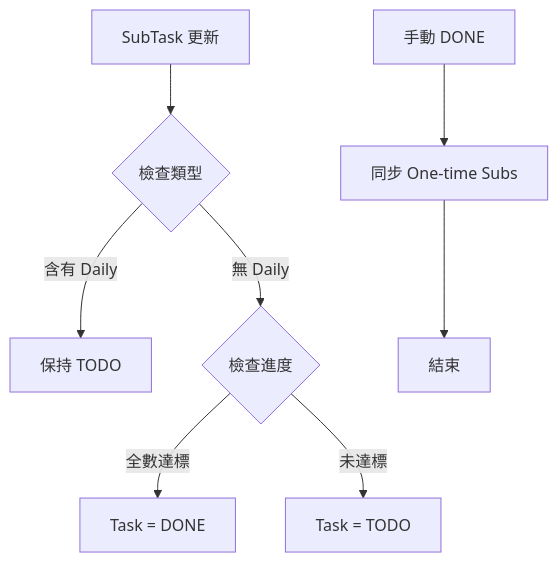
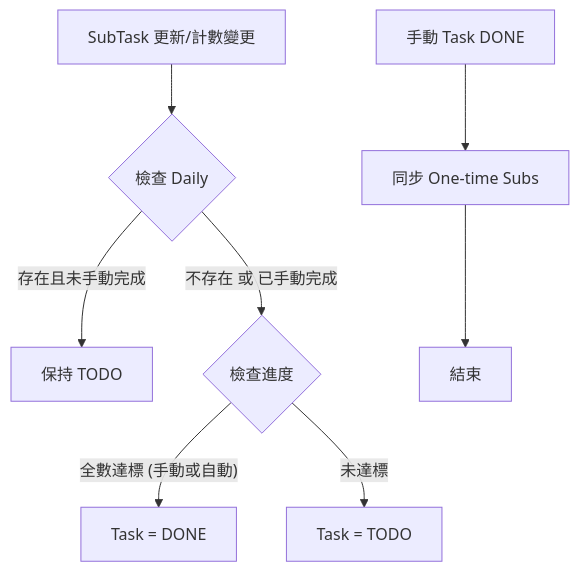
Before and after one commit to rhanlin/daily-grain: the diagram in specs/024-redefine-task-completion/research.md, drawn with Mermaid. The commit also changed other lines of this file and 9 other files, not shown here.

````diff
--- a/specs/024-redefine-task-completion/research.md
+++ b/specs/024-redefine-task-completion/research.md
@@ -35,10 +37,10 @@
 ```mermaid
 graph TD
-    A[SubTask 更新] --> B{檢查類型}
-    B -- 含有 Daily --> C[保持 TODO]
-    B -- 無 Daily --> D{檢查進度}
-    D -- 全數達標 --> E[Task = DONE]
-    D -- 未達標 --> F[Task = TODO]
-    G[手動 DONE] --> H[同步 One-time Subs]
+    A[SubTask 更新/計數變更] --> B{檢查 Daily}
+    B -- "存在且未手動完成" --> C[保持 TODO]
+    B -- "不存在 或 已手動完成" --> D{檢查進度}
+    D -- "全數達標 (手動或自動)" --> E[Task = DONE]
+    D -- "未達標" --> F[Task = TODO]
+    G[手動 Task DONE] --> H[同步 One-time Subs]
     H --> I[結束]
 ```
````
